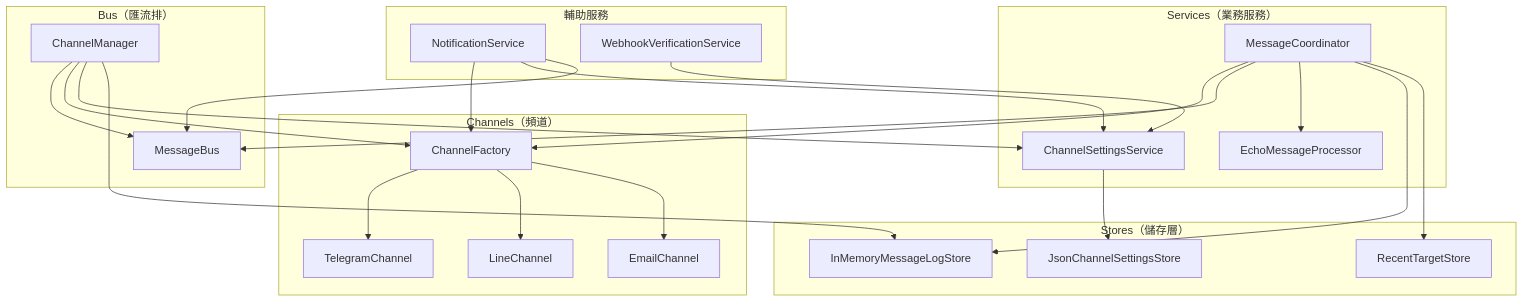
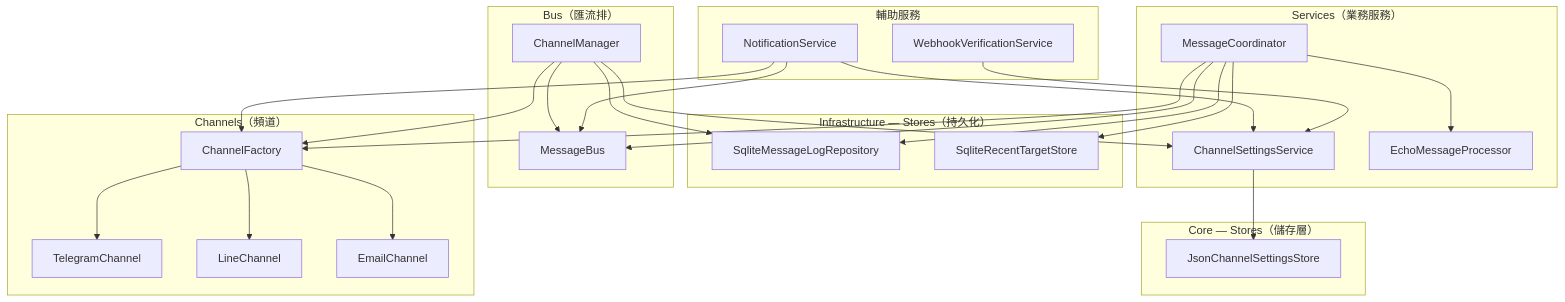
Before and after one commit to bruceagentadmin/MessageHub: the diagram in src/MessageHub.Core/docs/07-dependency-injection.md, drawn with Mermaid. The commit also changed other lines of this file and 4 other files, not shown here.

Commit message:
docs: add initial documentation for core components, interfaces, stores, dependency injection, and stability requirements.

````diff
--- a/src/MessageHub.Core/docs/07-dependency-injection.md
+++ b/src/MessageHub.Core/docs/07-dependency-injection.md
@@ -47,54 +61,57 @@
 ```mermaid
 graph TB
-    subgraph "Stores（儲存層）"
-        S1[InMemoryMessageLogStore]
-        S2[RecentTargetStore]
+    subgraph "Core — Stores（儲存層）"
         S3[JsonChannelSettingsStore]
+    end
+
+    subgraph "Infrastructure — Stores（持久化）"
+        IS1[SqliteMessageLogRepository]
+        IS2[SqliteRecentTargetStore]
     end
 
     subgraph "Channels（頻道）"
         C1[TelegramChannel]
         C2[LineChannel]
         C3[EmailChannel]
         CF[ChannelFactory]
     end
 
     subgraph "Bus（匯流排）"
         MB[MessageBus]
         CM[ChannelManager]
     end
 
     subgraph "Services（業務服務）"
         CSS[ChannelSettingsService]
         EMP[EchoMessageProcessor]
         MC[MessageCoordinator]
     end
 
     subgraph "輔助服務"
         NS[NotificationService]
         WVS[WebhookVerificationService]
     end
 
     CF --> C1
     CF --> C2
     CF --> C3
 
     CM --> MB
     CM --> CF
     CM --> CSS
-    CM --> S1
+    CM --> IS1
 
     MC --> CF
     MC --> MB
     MC --> EMP
-    MC --> S1
-    MC --> S2
+    MC --> IS1
+    MC --> IS2
 
     CSS --> S3
 
     NS --> CF
     NS --> CSS
     NS --> MB
 
     WVS --> CSS
 ```
````
